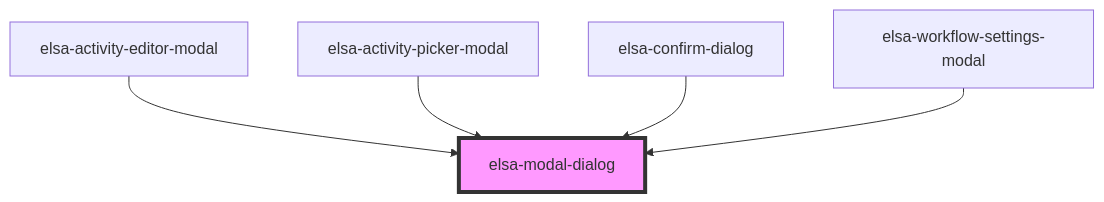
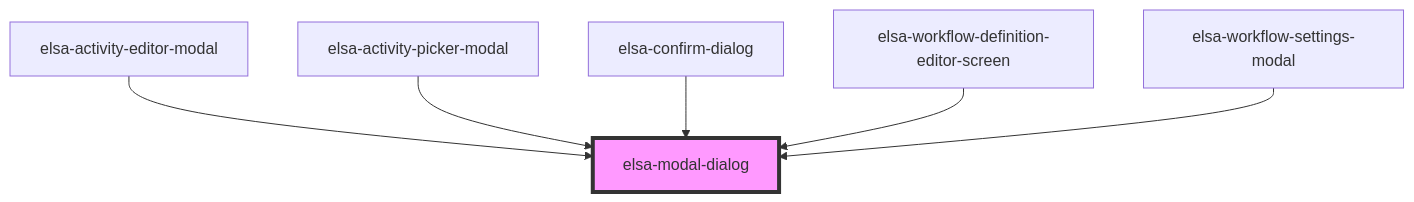
Before and after one commit to elsa-workflows/elsa-core: the diagram in src/designer/elsa-workflows-studio/src/components/shared/elsa-modal-dialog/readme.md, drawn with Mermaid. The commit also changed other lines of this file and 8 other files, not shown here.

````diff
--- a/src/designer/elsa-workflows-studio/src/components/shared/elsa-modal-dialog/readme.md
+++ b/src/designer/elsa-workflows-studio/src/components/shared/elsa-modal-dialog/readme.md
@@ -49,8 +50,9 @@
 ```mermaid
 graph TD;
   elsa-activity-editor-modal --> elsa-modal-dialog
   elsa-activity-picker-modal --> elsa-modal-dialog
   elsa-confirm-dialog --> elsa-modal-dialog
+  elsa-workflow-definition-editor-screen --> elsa-modal-dialog
   elsa-workflow-settings-modal --> elsa-modal-dialog
   style elsa-modal-dialog fill:#f9f,stroke:#333,stroke-width:4px
 ```
````
